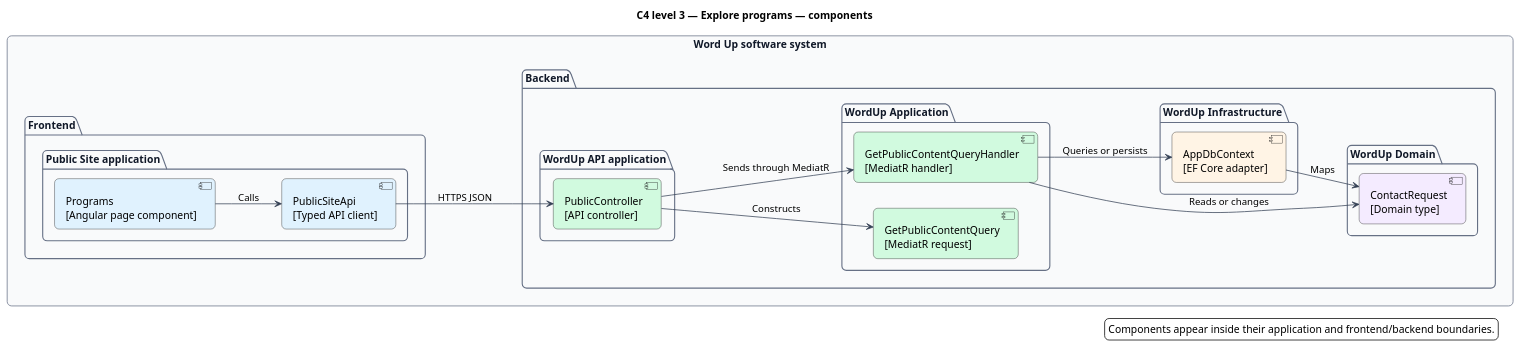
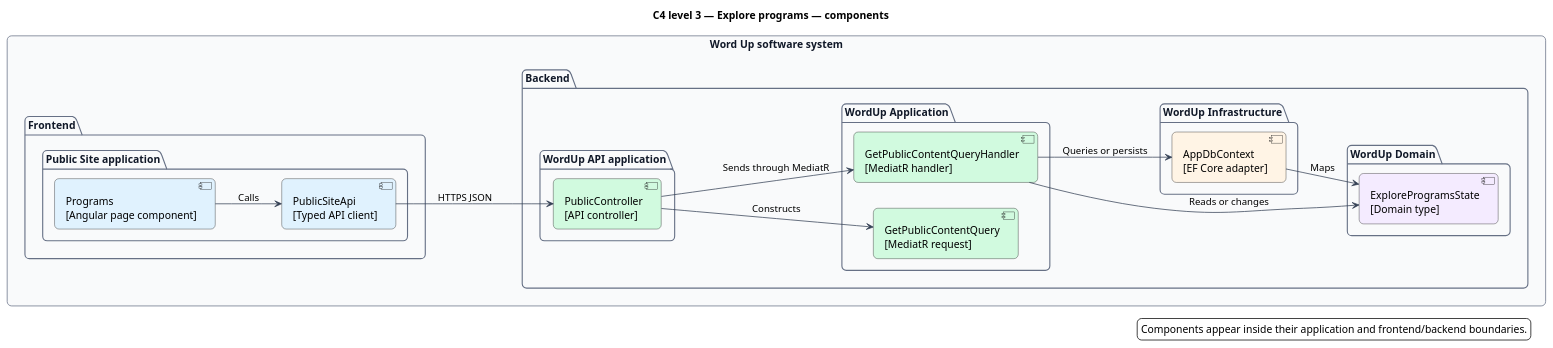
The diagram in docs/detailed-designs/public-site/explore-programs/diagrams/c4-component.puml (QuinntyneBrown/waypoint), drawn with PlantUML before and after one commit. The commit also changed 1112 other files, not shown here.

```diff
--- a/docs/detailed-designs/public-site/explore-programs/diagrams/c4-component.puml
+++ b/docs/detailed-designs/public-site/explore-programs/diagrams/c4-component.puml
@@ -1,51 +1,51 @@
 @startuml
 left to right direction
 title C4 level 3 — Explore programs — components
 skinparam backgroundColor #FFFFFF
 skinparam shadowing false
 skinparam roundcorner 12
 skinparam defaultFontName Arial
 skinparam ArrowColor #344054
 skinparam rectangle {
   BorderColor #344054
   FontColor #101828
 }
 skinparam package {
   BorderColor #667085
   FontColor #101828
   BackgroundColor #F9FAFB
 }
 rectangle "Word Up software system" as wordup {
   package "Frontend" {
     package "Public Site application" {
       component "Programs\n[Angular page component]" as page #E0F2FE
       component "PublicSiteApi\n[Typed API client]" as client #E0F2FE
     }
   }
   package "Backend" {
     package "WordUp API application" {
       component "PublicController\n[API controller]" as controller #D1FADF
     }
     package "WordUp Application" {
       component "GetPublicContentQuery\n[MediatR request]" as request #D1FADF
       component "GetPublicContentQueryHandler\n[MediatR handler]" as handler #D1FADF
     }
     package "WordUp Domain" {
-      component "ContactRequest\n[Domain type]" as entity #F4EBFF
+      component "ExploreProgramsState\n[Domain type]" as entity #F4EBFF
     }
     package "WordUp Infrastructure" {
       component "AppDbContext\n[EF Core adapter]" as persistence #FFF4E5
     }
   }
 }
 page --> client : Calls
 client --> controller : HTTPS JSON
 controller --> request : Constructs
 controller --> handler : Sends through MediatR
 handler --> entity : Reads or changes
 handler --> persistence : Queries or persists
 persistence --> entity : Maps
 legend right
   Components appear inside their application and frontend/backend boundaries.
 endlegend
 @enduml
```
